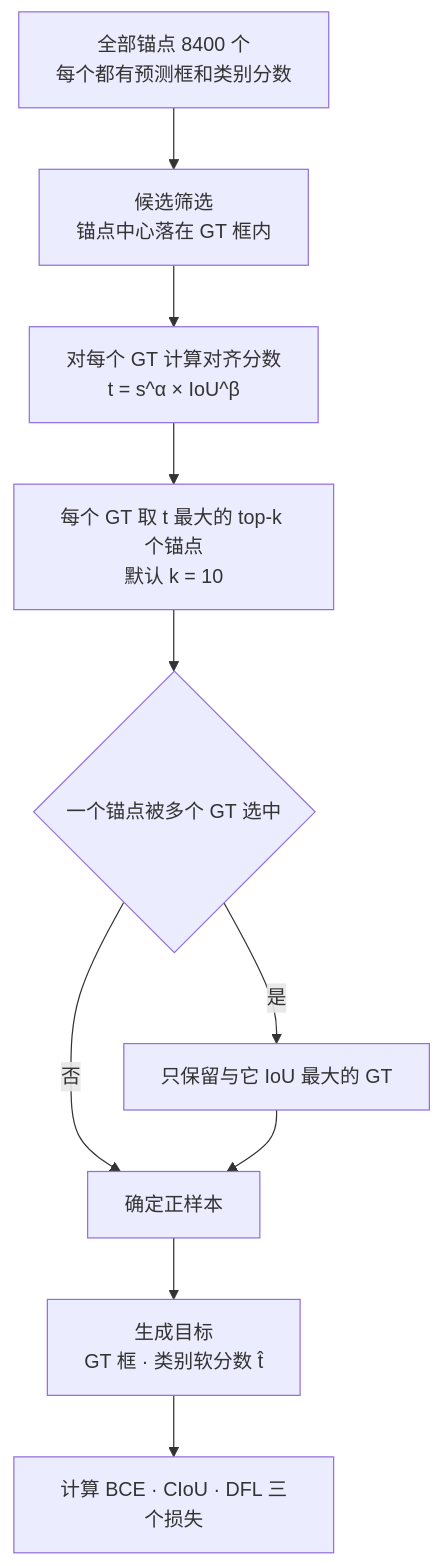
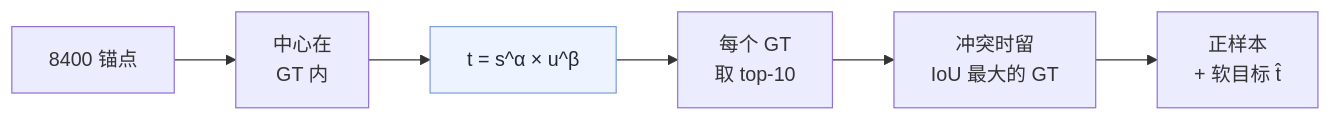
The diagram in 00_Practice_UAV_Aerial_Detection/Learning_Notes/assets/01_YOLO_Research_Core/01_yolo_tal.mmd (cheerhin-yi/Doctoral-Research-Outline), drawn with Mermaid before and after one commit. The commit also changed 35 other files, not shown here.

```diff
--- a/00_Practice_UAV_Aerial_Detection/Learning_Notes/assets/01_YOLO_Research_Core/01_yolo_tal.mmd
+++ b/00_Practice_UAV_Aerial_Detection/Learning_Notes/assets/01_YOLO_Research_Core/01_yolo_tal.mmd
@@ -1,10 +1,8 @@
-flowchart TD
-    A["全部锚点 8400 个<br/>每个都有预测框和类别分数"] --> B["候选筛选<br/>锚点中心落在 GT 框内"]
-    B --> C["对每个 GT 计算对齐分数<br/>t = s^α × IoU^β"]
-    C --> D["每个 GT 取 t 最大的 top-k 个锚点<br/>默认 k = 10"]
-    D --> E{"一个锚点被多个 GT 选中"}
-    E -->|"是"| F["只保留与它 IoU 最大的 GT"]
-    E -->|"否"| G["确定正样本"]
-    F --> G
-    G --> H["生成目标<br/>GT 框 · 类别软分数 t̂"]
-    H --> L["计算 BCE · CIoU · DFL 三个损失"]
+flowchart LR
+    A["8400 锚点"] --> B["中心在<br/>GT 内"]
+    B --> C["t = s^α × u^β"]
+    C --> D["每个 GT<br/>取 top-10"]
+    D --> E["冲突时留<br/>IoU 最大的 GT"]
+    E --> F["正样本<br/>+ 软目标 t̂"]
+    classDef acc fill:#eef4ff,stroke:#7c9fdc,color:#1f2937
+    class C acc
```
